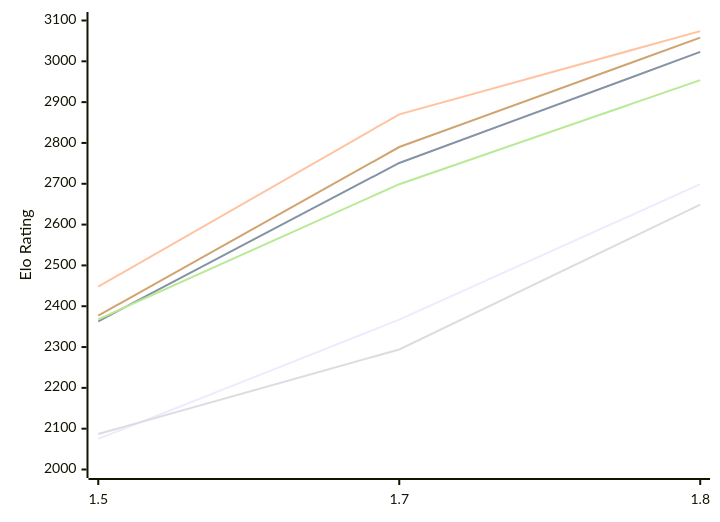
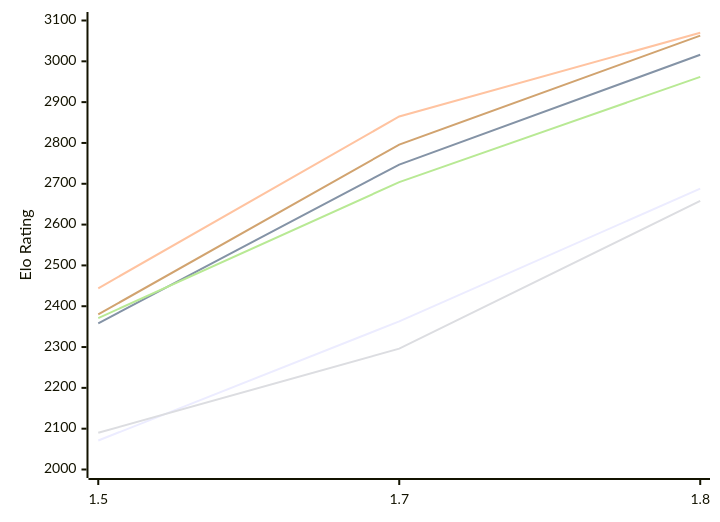
Before and after one commit to computer-chess-index/cci: the first of 2 diagrams in engines/Facon.md, drawn with Mermaid. The commit also changed other lines of this file, not shown here.

Commit message:
Update CCI Ratings (ELO VLTC) - 2026-11-21

````diff
--- a/engines/Facon.md
+++ b/engines/Facon.md
@@ -54,12 +54,12 @@
 ```mermaid
 %%{init: {"theme":"base","themeVariables":{"seriesColors:['#a3a3a3','#222221','#faa371']}}}%%
 xychart-beta
   x-axis ["1.5", "1.7", "1.8"]
   y-axis "Elo Rating" 2000 --> 3100
-  line "E1: STC (8.0+0.08s)" [2075, 2367, 2699]
-  line "E1: LTC (60.0+0.60s)" [2363, 2751, 3023]
-  line "E1: VLTC (2m24s+1.12s)" [2448, 2870, 3074]
-  line "P1: STC (8.0+0.08s)" [2087, 2294, 2649]
-  line "P1: LTC (60.0+0.60s)" [2368, 2699, 2954]
-  line "P1: VLTC (2m24s+1.12s)" [2377, 2790, 3058]
+  line "E1: STC (8.0+0.08s)" [2071, 2363, 2688]
+  line "E1: LTC (60.0+0.60s)" [2358, 2747, 3016]
+  line "E1: VLTC (2m24s+1.12s)" [2444, 2865, 3070]
+  line "P1: STC (8.0+0.08s)" [2090, 2296, 2658]
+  line "P1: LTC (60.0+0.60s)" [2371, 2704, 2962]
+  line "P1: VLTC (2m24s+1.12s)" [2380, 2796, 3063]
 ```
````
